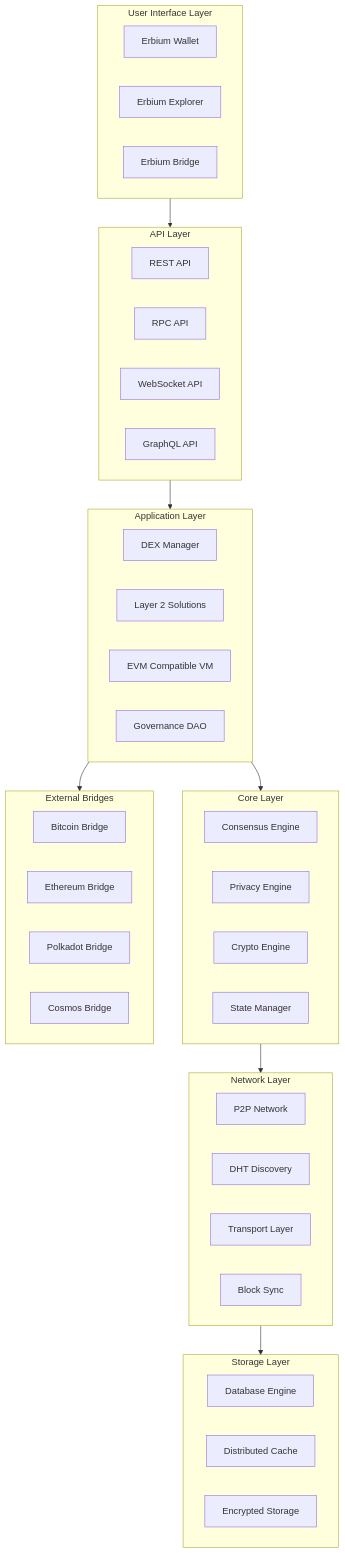
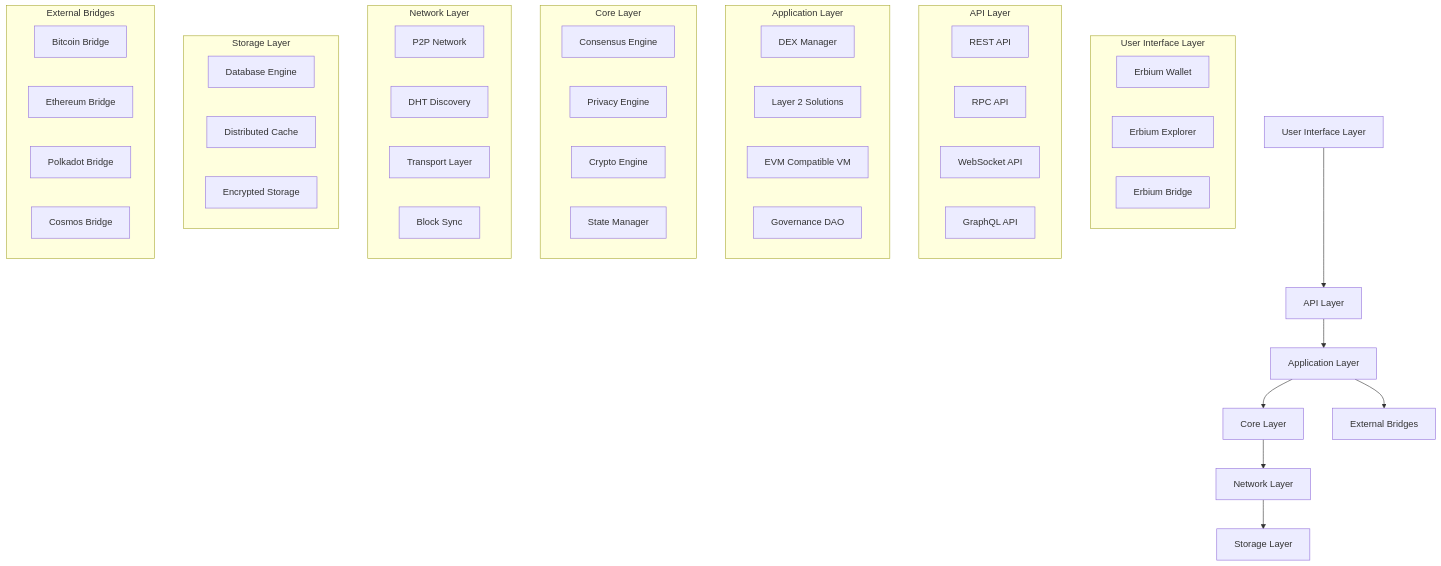
Before and after one commit to iamsigint/rust-erbium: the diagram in README.md, drawn with Mermaid. The commit also changed other lines of this file, not shown here.

Commit message:
Update Mermaid diagram for architecture overview
Refactored the Mermaid diagram in README.md to use more descriptive node names and updated subgraph labels for clarity. Improved readability and consistency in the architecture visualization.

````diff
--- a/README.md
+++ b/README.md
@@ -68,56 +68,56 @@
 ```mermaid
 graph TB
-    subgraph UIL["User Interface Layer"]
-        A[Erbium Wallet]
-        B[Erbium Explorer]
-        C[Erbium Bridge]
+    subgraph "User Interface Layer"
+        Wallet["Erbium Wallet"]
+        Explorer["Erbium Explorer"]
+        Bridge["Erbium Bridge"]
     end
 
-    subgraph API["API Layer"]
-        D[REST API]
-        E[RPC API]
-        F[WebSocket API]
-        G[GraphQL API]
+    subgraph "API Layer"
+        REST["REST API"]
+        RPC["RPC API"]
+        WS["WebSocket API"]
+        GraphQL["GraphQL API"]
     end
 
-    subgraph APP["Application Layer"]
-        H[DEX Manager]
-        I[Layer 2 Solutions]
-        J[EVM Compatible VM]
-        K[Governance DAO]
+    subgraph "Application Layer"
+        DEX["DEX Manager"]
+        L2["Layer 2 Solutions"]
+        VM["EVM Compatible VM"]
+        GOV["Governance DAO"]
     end
 
-    subgraph CORE["Core Layer"]
-        L[Consensus Engine]
-        M[Privacy Engine]
-        N[Crypto Engine]
-        O[State Manager]
+    subgraph "Core Layer"
+        Consensus["Consensus Engine"]
+        Privacy["Privacy Engine"]
+        Crypto["Crypto Engine"]
+        State["State Manager"]
     end
 
-    subgraph NET["Network Layer"]
-        P[P2P Network]
-        Q[DHT Discovery]
-        R[Transport Layer]
-        S[Block Sync]
+    subgraph "Network Layer"
+        P2P["P2P Network"]
+        DHT["DHT Discovery"]
+        Transport["Transport Layer"]
+        Sync["Block Sync"]
     end
 
-    subgraph STORE["Storage Layer"]
-        T[Database Engine]
-        U[Distributed Cache]
-        V[Encrypted Storage]
+    subgraph "Storage Layer"
+        DB["Database Engine"]
+        Cache["Distributed Cache"]
+        Encryption["Encrypted Storage"]
     end
 
-    subgraph BRIDGES["External Bridges"]
-        W[Bitcoin Bridge]
-        X[Ethereum Bridge]
-        Y[Polkadot Bridge]
-        Z[Cosmos Bridge]
+    subgraph "External Bridges"
+        BTC["Bitcoin Bridge"]
+        ETH["Ethereum Bridge"]
+        DOT["Polkadot Bridge"]
+        COSMOS["Cosmos Bridge"]
     end
 
-    UIL --> API
-    API --> APP
-    APP --> CORE
-    CORE --> NET
-    NET --> STORE
-    APP --> BRIDGES
+    A["User Interface Layer"] --> B["API Layer"]
+    B --> C["Application Layer"]
+    C --> D["Core Layer"]
+    D --> E["Network Layer"]
+    E --> F["Storage Layer"]
+    C --> G["External Bridges"]
 ```
````
